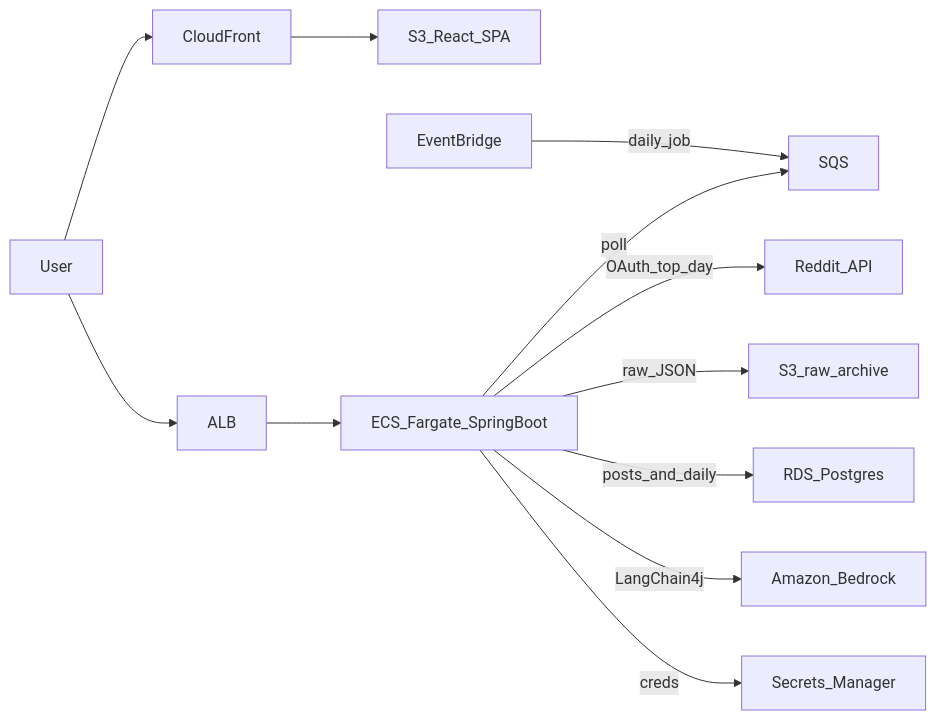
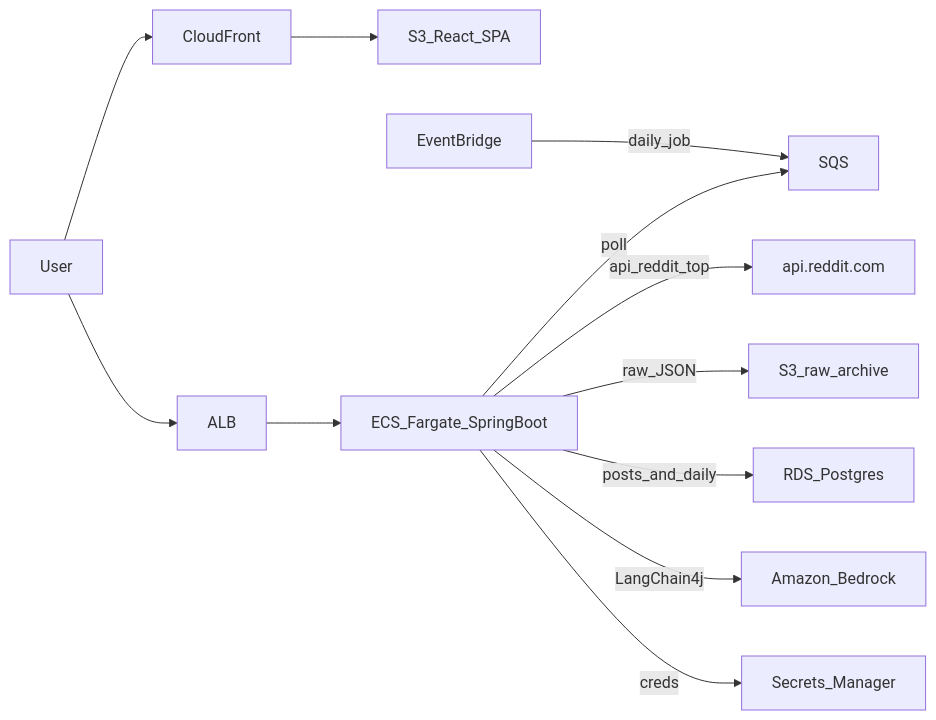
Before and after one commit to Matthew-Ing/MI_Reddit_Sentiment: the diagram in plan.md, drawn with Mermaid. The commit also changed other lines of this file and 23 other files, not shown here.

Commit message:
reddit api config

````diff
--- a/plan.md
+++ b/plan.md
@@ -64,14 +63,14 @@
 ```mermaid
 flowchart LR
   User --> CloudFront
   CloudFront --> SpaS3[S3_React_SPA]
   User --> ALB
   ALB --> ECS[ECS_Fargate_SpringBoot]
   EventBridge -->|daily_job| SQS
   ECS -->|poll| SQS
-  ECS -->|OAuth_top_day| Reddit[Reddit_API]
+  ECS -->|api_reddit_top| Reddit[api.reddit.com]
   ECS -->|raw_JSON| RawS3[S3_raw_archive]
   ECS -->|posts_and_daily| RDS[RDS_Postgres]
   ECS -->|LangChain4j| Bedrock[Amazon_Bedrock]
   ECS -->|creds| SM[Secrets_Manager]
 ```
````
